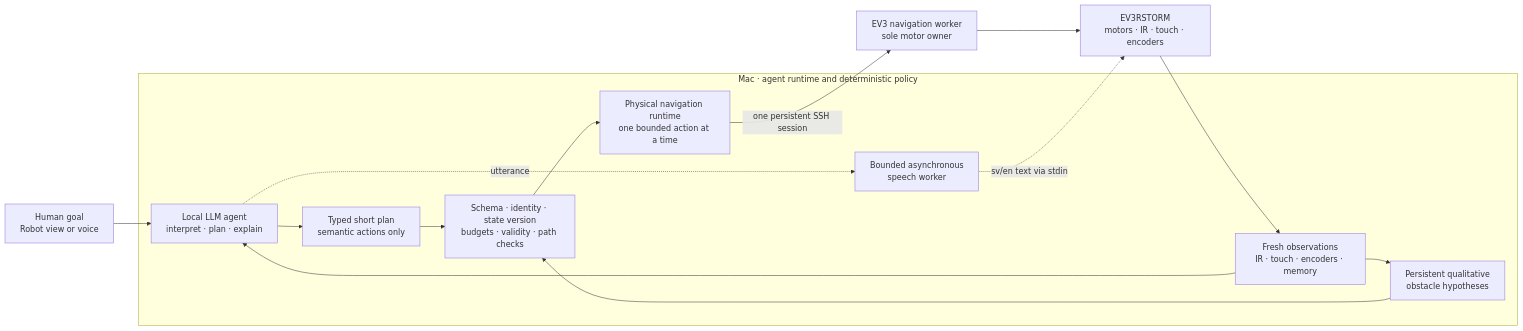
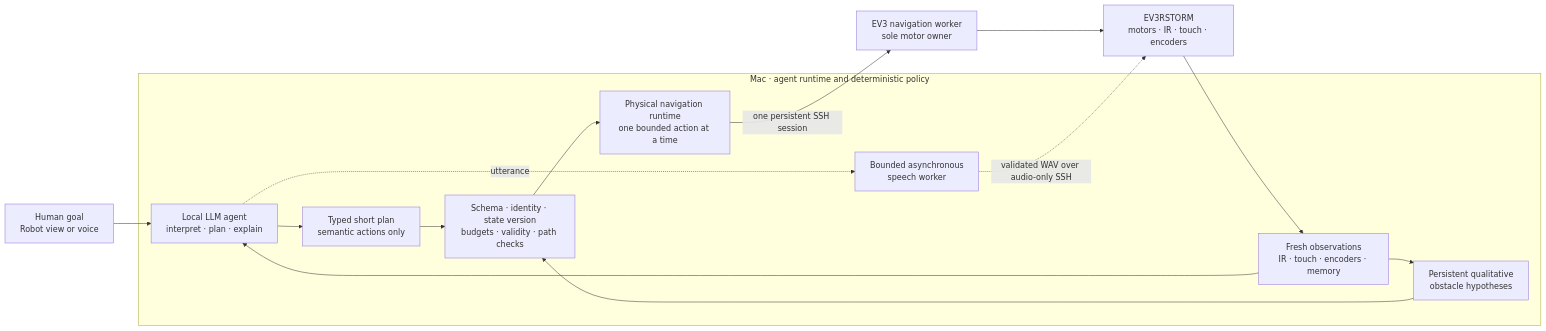
One commit to Jawbreaker1/robot-llm changed the diagram in README.md. Above: the diagram before and after it, drawn with Mermaid. The commit also changed other lines of this file, not shown here.

````diff
--- a/README.md
+++ b/README.md
@@ -103,19 +103,19 @@
 ```mermaid
 flowchart LR
     U["Human goal<br/>Robot view or voice"] --> A["Local LLM agent<br/>interpret · plan · explain"]
     O["Fresh observations<br/>IR · touch · encoders · memory"] --> A
     A --> P["Typed short plan<br/>semantic actions only"]
 
     subgraph HOST["Mac · agent runtime and deterministic policy"]
         P --> V["Schema · identity · state version<br/>budgets · validity · path checks"]
         V --> E["Physical navigation runtime<br/>one bounded action at a time"]
         O --> M["Persistent qualitative<br/>obstacle hypotheses"]
         M --> V
         A -. utterance .-> T["Bounded asynchronous<br/>speech worker"]
     end
 
     E -->|"one persistent SSH session"| W["EV3 navigation worker<br/>sole motor owner"]
     W --> R["EV3RSTORM<br/>motors · IR · touch · encoders"]
     R --> O
-    T -. "sv/en text via stdin" .-> R
+    T -. "validated WAV over audio-only SSH" .-> R
 ```
````
